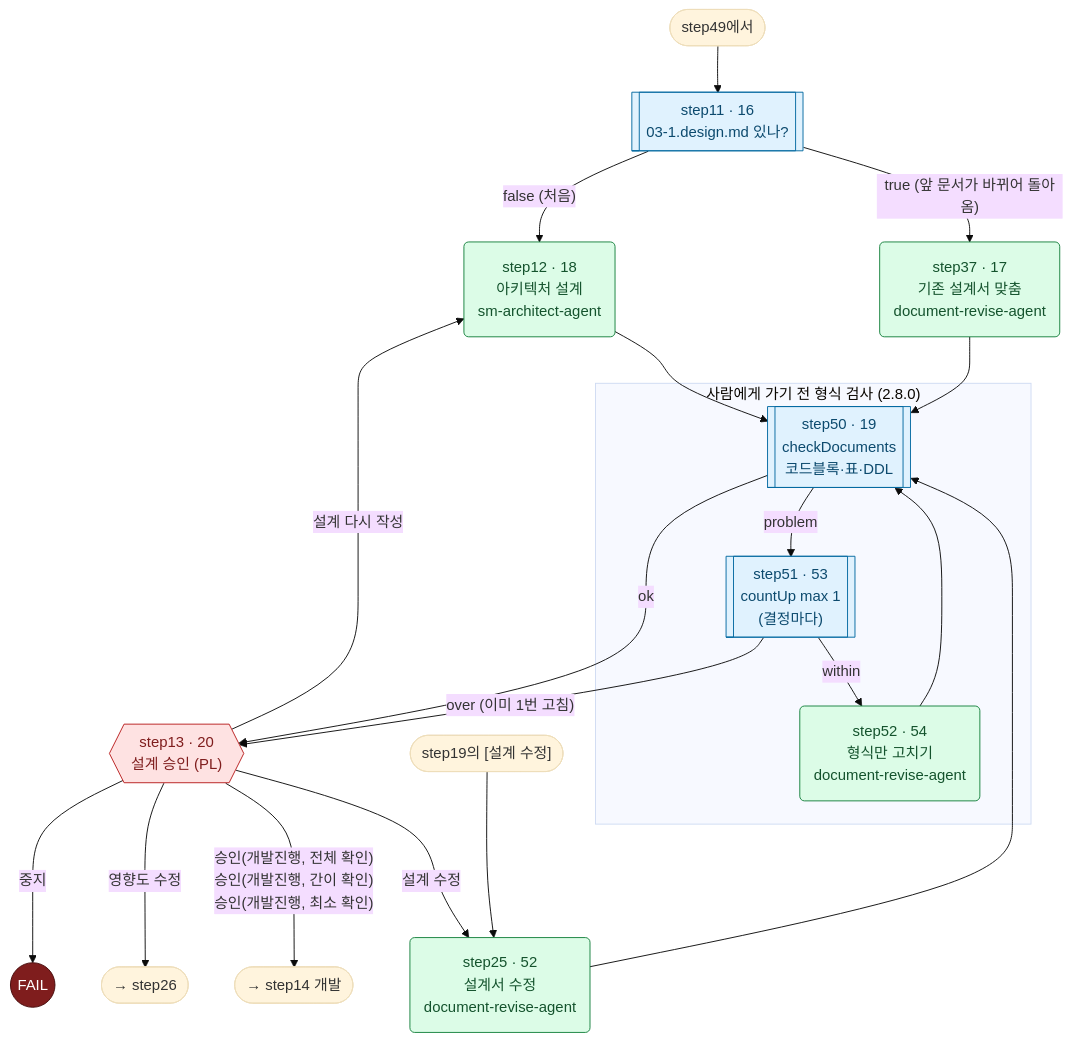
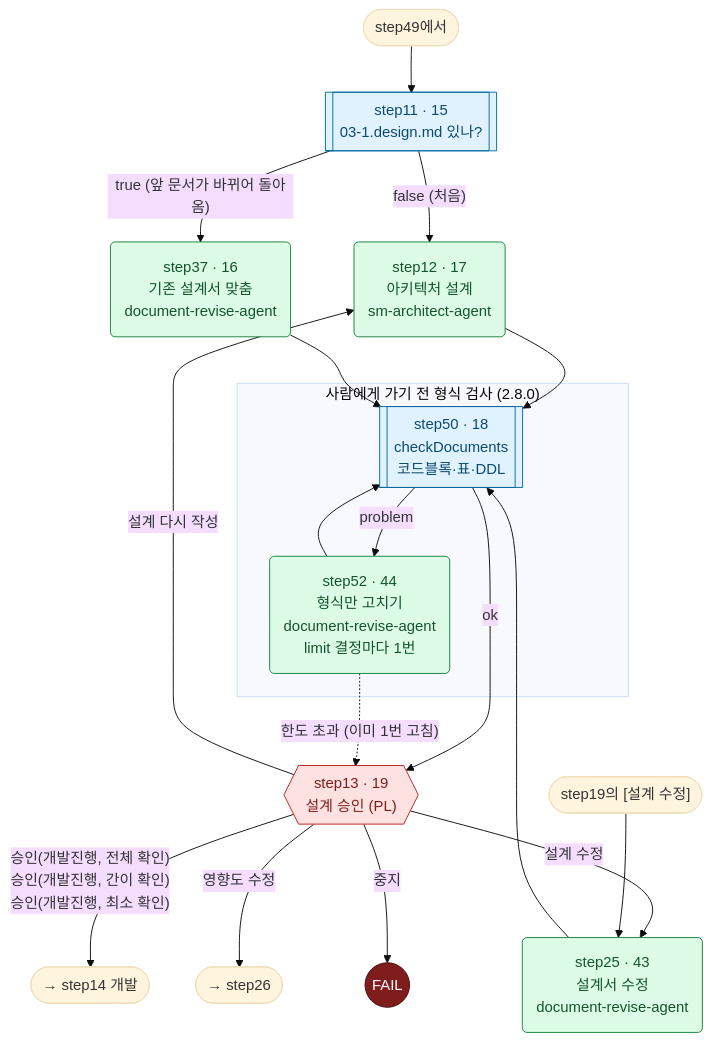
Before and after one commit to YongSoekChoeng/dstone: the tenth of 24 diagrams in docs/09.dstone-ai-engine-sm-workflow.md, drawn with Mermaid (base theme). The commit also changed other lines of this file and 26 other files, not shown here.

First line of the commit message:
ai-engine: step 한도(limit)와 시작 시각 설정, sm-workflow 2.11.0 노드 줄이기(58 → 48)

````diff
--- a/docs/09.dstone-ai-engine-sm-workflow.md
+++ b/docs/09.dstone-ai-engine-sm-workflow.md
@@ -765,32 +746,30 @@
 ```mermaid
 flowchart TD
-    IN(["step49에서"]) --> step11[["step11 · 16<br/>03-1.design.md 있나?"]]:::route
-    step11 -->|"false (처음)"| step12("step12 · 18<br/>아키텍처 설계<br/>sm-architect-agent"):::agent
-    step11 -->|"true (앞 문서가 바뀌어 돌아옴)"| step37("step37 · 17<br/>기존 설계서 맞춤<br/>document-revise-agent"):::agent
+    IN(["step49에서"]) --> step11[["step11 · 15<br/>03-1.design.md 있나?"]]:::route
+    step11 -->|"false (처음)"| step12("step12 · 17<br/>아키텍처 설계<br/>sm-architect-agent"):::agent
+    step11 -->|"true (앞 문서가 바뀌어 돌아옴)"| step37("step37 · 16<br/>기존 설계서 맞춤<br/>document-revise-agent"):::agent
     step12 --> step50
     step37 --> step50
-    step25("step25 · 52<br/>설계서 수정<br/>document-revise-agent"):::agent --> step50
+    step25("step25 · 43<br/>설계서 수정<br/>document-revise-agent"):::agent --> step50
 
     subgraph CHK["사람에게 가기 전 형식 검사 (2.8.0)"]
-        step50[["step50 · 19<br/>checkDocuments<br/>코드블록·표·DDL"]]:::route
-        step51[["step51 · 53<br/>countUp max 1<br/>(결정마다)"]]:::route
-        step52("step52 · 54<br/>형식만 고치기<br/>document-revise-agent"):::agent
-        step50 -->|problem| step51
-        step51 -->|within| step52
+        step50[["step50 · 18<br/>checkDocuments<br/>코드블록·표·DDL"]]:::route
+        step52("step52 · 44<br/>형식만 고치기<br/>document-revise-agent<br/>limit 결정마다 1번"):::agent
+        step50 -->|problem| step52
         step52 --> step50
     end
 
-    step50 -->|ok| step13{{"step13 · 20<br/>설계 승인 (PL)"}}:::appr
-    step51 -->|"over (이미 1번 고침)"| step13
+    step50 -->|ok| step13{{"step13 · 19<br/>설계 승인 (PL)"}}:::appr
+    step52 -.->|"한도 초과 (이미 1번 고침)"| step13
     step13 -->|"승인(개발진행, 전체 확인)<br/>승인(개발진행, 간이 확인)<br/>승인(개발진행, 최소 확인)"| DEV(["→ step14 개발"])
     step13 -->|설계 수정| step25
     step13 -->|설계 다시 작성| step12
     step13 -->|영향도 수정| IMP(["→ step26"])
     step13 -->|중지| FAIL((FAIL)):::bad
     FROM(["step19의 [설계 수정]"]) --> step25
 
     classDef route fill:#e0f2fe,stroke:#0369a1,color:#0c4a6e
     classDef agent fill:#dcfce7,stroke:#15803d,color:#14532d
     classDef appr fill:#fee2e2,stroke:#b91c1c,color:#7f1d1d
     classDef bad fill:#7f1d1d,stroke:#450a0a,color:#ffffff
 ```
````
